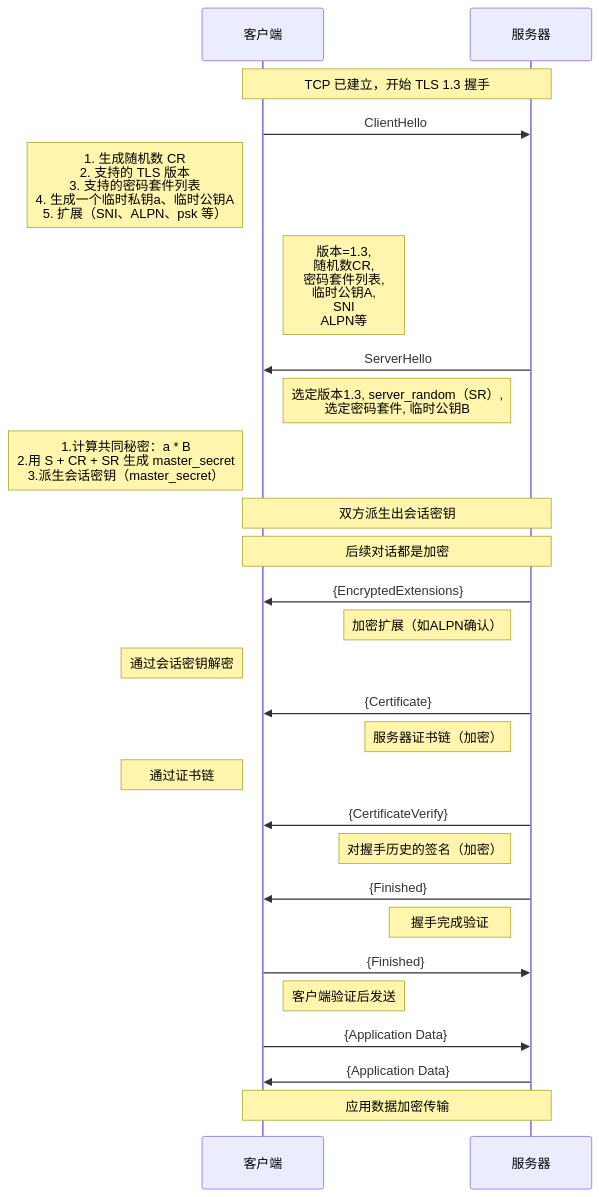
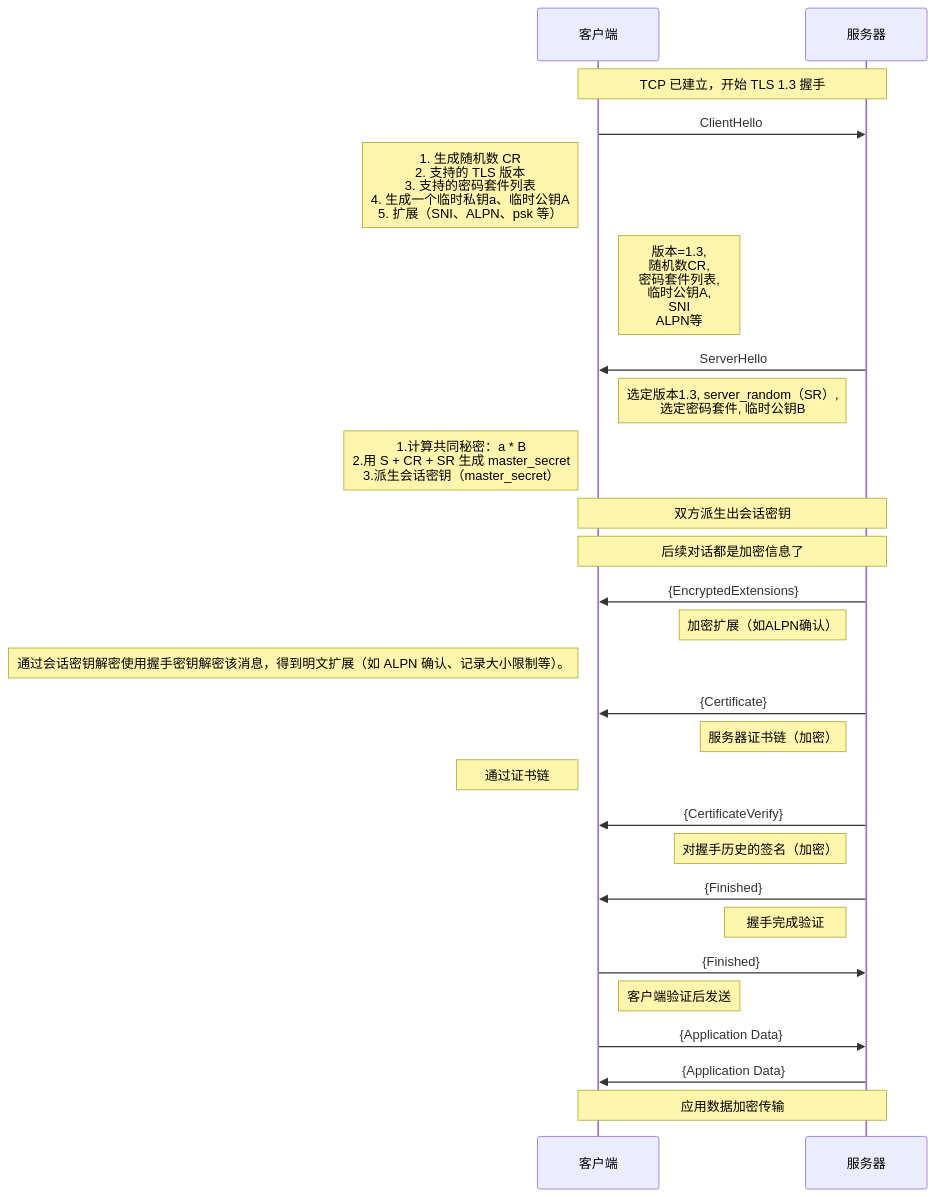
The diagram in all/TLS-1.3-通用.md (HY-10-8/iodraw-files), drawn with Mermaid before and after one commit.

Commit message:
2026-03-30 18:04:36 update

````diff
--- a/all/TLS-1.3-通用.md
+++ b/all/TLS-1.3-通用.md
@@ -1,39 +1,39 @@
 ```mermaid
 sequenceDiagram
     participant C as 客户端
     participant S as 服务器
 
     Note over C,S: TCP 已建立，开始 TLS 1.3 握手
 
     C->>S: ClientHello
     Note left of C: 1. 生成随机数 CR<br/> 2. 支持的 TLS 版本<br/> 3. 支持的密码套件列表<br/> 4. 生成一个临时私钥a、临时公钥A<br/> 5. 扩展（SNI、ALPN、psk 等）
     Note right of C: 版本=1.3,<br/> 随机数CR,<br/> 密码套件列表,<br/> 临时公钥A,<br/> SNI<br/> ALPN等
 
     S->>C: ServerHello
     Note left of S: 选定版本1.3, server_random（SR）,<br/> 选定密码套件, 临时公钥B
     Note left of C: 1.计算共同秘密：a * B<br/> 2.用 S + CR + SR 生成 master_secret<br/> 3.派生会话密钥（master_secret）
 
     Note over C,S: 双方派生出会话密钥
-    Note over C,S: 后续对话都是加密
+    Note over C,S: 后续对话都是加密信息了
 
     S->>C: {EncryptedExtensions}
     Note left of S: 加密扩展（如ALPN确认）
-    Note left of C: 通过会话密钥解密
+    Note left of C: 通过会话密钥解密使用握手密钥解密该消息，得到明文扩展（如 ALPN 确认、记录大小限制等）。
 
     S->>C: {Certificate}
     Note left of S: 服务器证书链（加密）
     Note left of C: 通过证书链
 
     S->>C: {CertificateVerify}
     Note left of S: 对握手历史的签名（加密）
 
     S->>C: {Finished}
     Note left of S: 握手完成验证
 
     C->>S: {Finished}
     Note right of C: 客户端验证后发送
 
     C->>S: {Application Data}
     S->>C: {Application Data}
     Note over C,S: 应用数据加密传输
 ```
````
